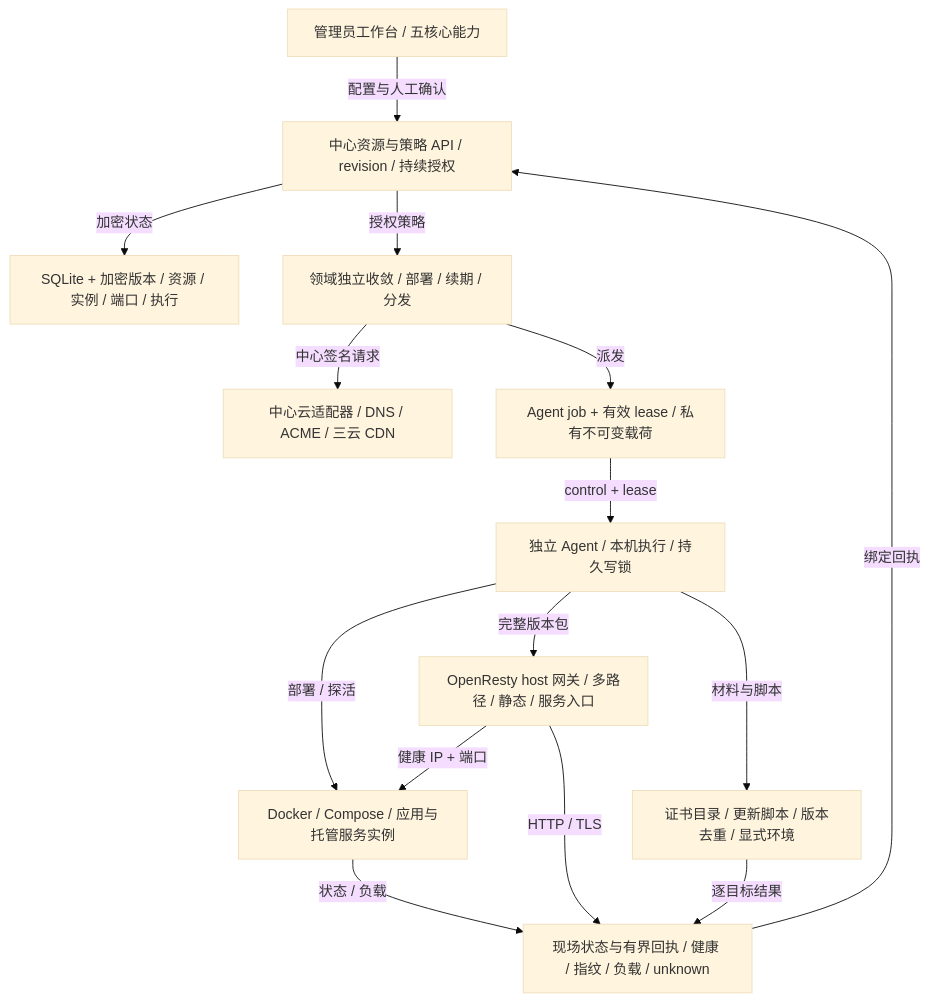
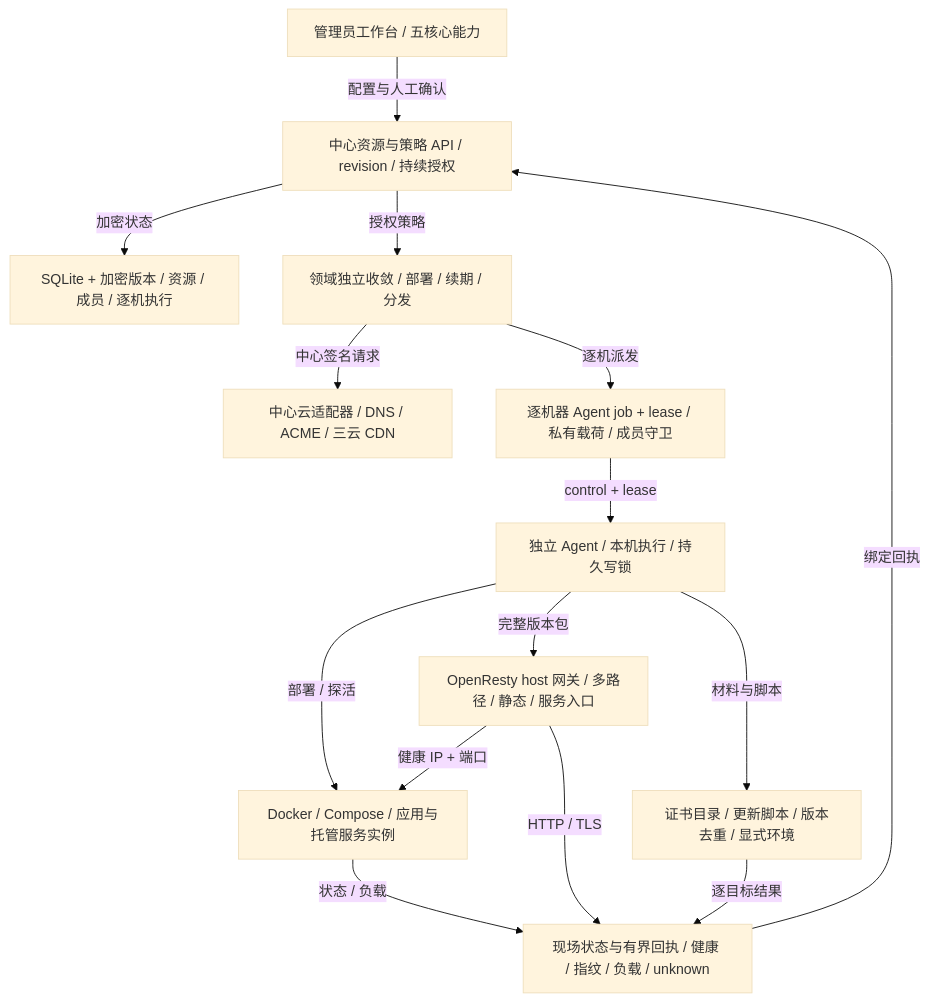
Before and after one commit to workhold/lightmoni: diagram 19 of 23 in docs/system-design.md, drawn with Mermaid (base theme). The commit also changed other lines of this file and 23 other files, not shown here.

````diff
--- a/docs/system-design.md
+++ b/docs/system-design.md
@@ -1218,28 +1218,28 @@
 ```mermaid
 flowchart TB
   ops033_admin["管理员工作台 / 五核心能力"]
   ops033_api["中心资源与策略 API / revision / 持续授权"]
-  ops033_db["SQLite + 加密版本 / 资源 / 实例 / 端口 / 执行"]
+  ops033_db["SQLite + 加密版本 / 资源 / 成员 / 逐机执行"]
   ops033_reconcile["领域独立收敛 / 部署 / 续期 / 分发"]
   ops033_cloud["中心云适配器 / DNS / ACME / 三云 CDN"]
-  ops033_job["Agent job + 有效 lease / 私有不可变载荷"]
+  ops033_job["逐机器 Agent job + lease / 私有载荷 / 成员守卫"]
   ops033_agent["独立 Agent / 本机执行 / 持久写锁"]
   ops033_app["Docker / Compose / 应用与托管服务实例"]
   ops033_gateway["OpenResty host 网关 / 多路径 / 静态 / 服务入口"]
   ops033_target["证书目录 / 更新脚本 / 版本去重 / 显式环境"]
   ops033_receipt["现场状态与有界回执 / 健康 / 指纹 / 负载 / unknown"]
   ops033_admin -->|配置与人工确认| ops033_api
   ops033_api -->|加密状态| ops033_db
   ops033_api -->|授权策略| ops033_reconcile
   ops033_reconcile -->|中心签名请求| ops033_cloud
-  ops033_reconcile -->|派发| ops033_job
+  ops033_reconcile -->|逐机派发| ops033_job
   ops033_job -->|control + lease| ops033_agent
   ops033_agent -->|部署 / 探活| ops033_app
   ops033_agent -->|完整版本包| ops033_gateway
   ops033_agent -->|材料与脚本| ops033_target
   ops033_gateway -->|健康 IP + 端口| ops033_app
   ops033_app -->|状态 / 负载| ops033_receipt
   ops033_gateway -->|HTTP / TLS| ops033_receipt
   ops033_target -->|逐目标结果| ops033_receipt
   ops033_receipt -->|绑定回执| ops033_api
 ```
````
